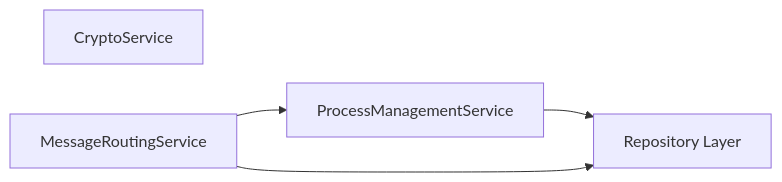
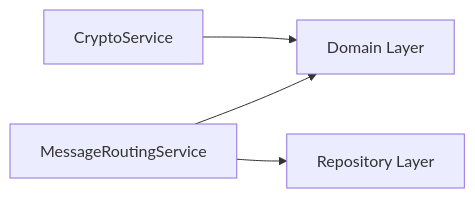
One commit to shodaimomiyama/D-TPRES changed the diagram in docs/development/service/core-service/core-service.md. Above: the diagram before and after it, drawn with Mermaid. The commit also changed other lines of this file and 2 other files, not shown here.

Commit message:
サービス層のドキュメントを更新し、ProcessManagementServiceの削除に伴う新しいプロセス管理アプローチを反映しました。具体的には、Domain層でのビジネスロジックの実装、Repository層での状態管理、Workflow層での直接管理を強調し、シンプルで保守性の高い設計を実現しています。また、Core Servicesの構成を見直し、MessageRoutingServiceの役割を明確化しました。

````diff
--- a/docs/development/service/core-service/core-service.md
+++ b/docs/development/service/core-service/core-service.md
@@ -512,11 +315,11 @@
 ```mermaid
 graph LR
     CS1[CryptoService]
-    CS2[ProcessManagementService]
     CS3[MessageRoutingService]
     R[Repository Layer]
-    
-    CS2 --> R
-    CS3 --> CS2
+    D[Domain Layer]
+
     CS3 --> R
+    CS1 --> D
+    CS3 --> D
 ```
````
